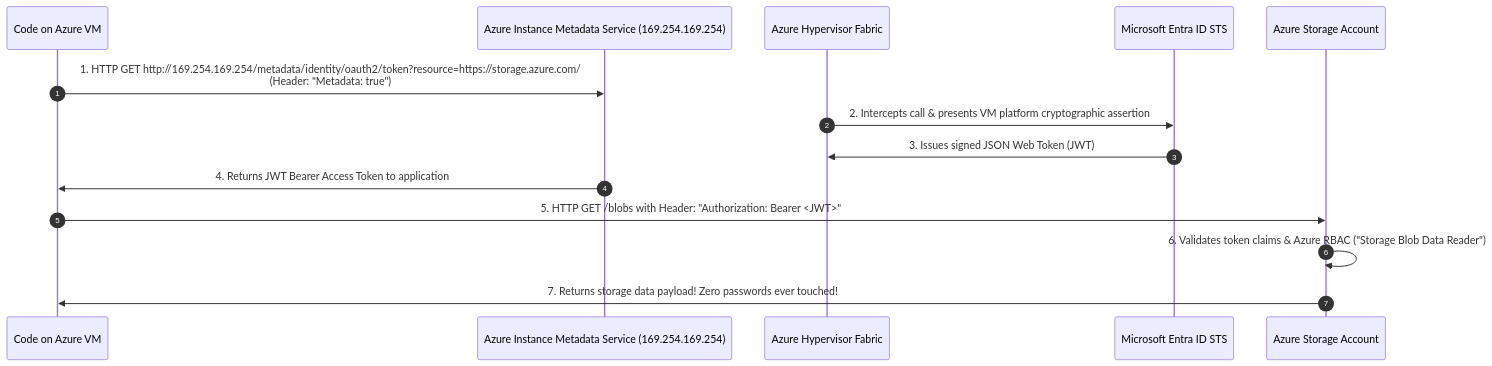
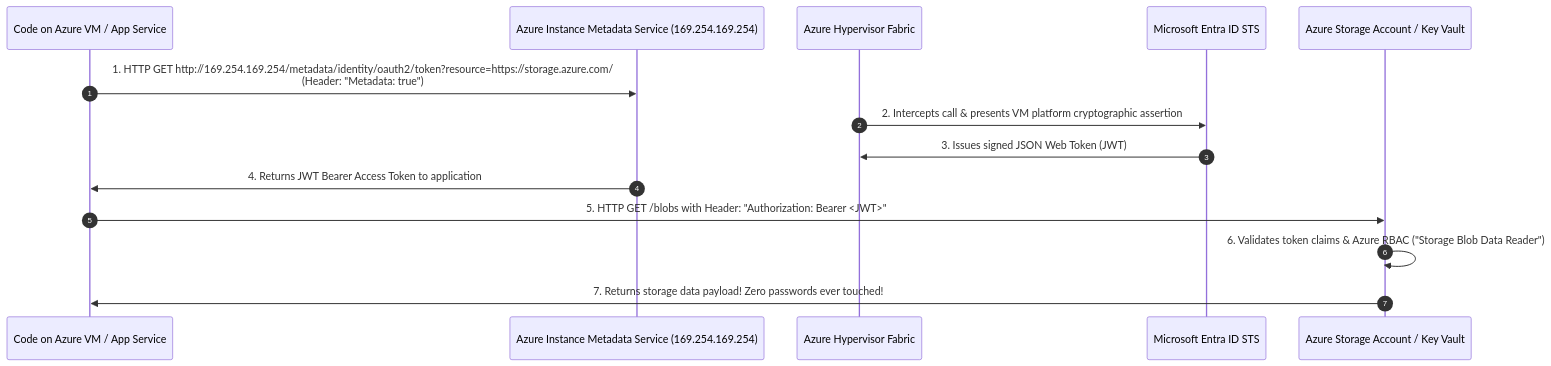
The third of 7 diagrams in Reference Notes/13-104-02_administer_identity.md (kmashour/BrainDump), drawn with Mermaid before and after one commit. The commit also changed other lines of this file and 12 other files, not shown here.

````diff
--- a/Reference Notes/13-104-02_administer_identity.md
+++ b/Reference Notes/13-104-02_administer_identity.md
@@ -346,17 +346,17 @@
 ```mermaid
 sequenceDiagram
     autonumber
-    participant App as Code on Azure VM
+    participant App as Code on Azure VM / App Service
     participant IMDS as Azure Instance Metadata Service (169.254.169.254)
     participant Hypervisor as Azure Hypervisor Fabric
     participant Entra as Microsoft Entra ID STS
-    participant Storage as Azure Storage Account
+    participant Storage as Azure Storage Account / Key Vault
 
     App->>IMDS: 1. HTTP GET http://169.254.169.254/metadata/identity/oauth2/token?resource=https://storage.azure.com/<br/>(Header: "Metadata: true")
     Hypervisor->>Entra: 2. Intercepts call & presents VM platform cryptographic assertion
     Entra->>Hypervisor: 3. Issues signed JSON Web Token (JWT)
     IMDS->>App: 4. Returns JWT Bearer Access Token to application
     App->>Storage: 5. HTTP GET /blobs with Header: "Authorization: Bearer <JWT>"
     Storage->>Storage: 6. Validates token claims & Azure RBAC ("Storage Blob Data Reader")
     Storage->>App: 7. Returns storage data payload! Zero passwords ever touched!
 ```
````
